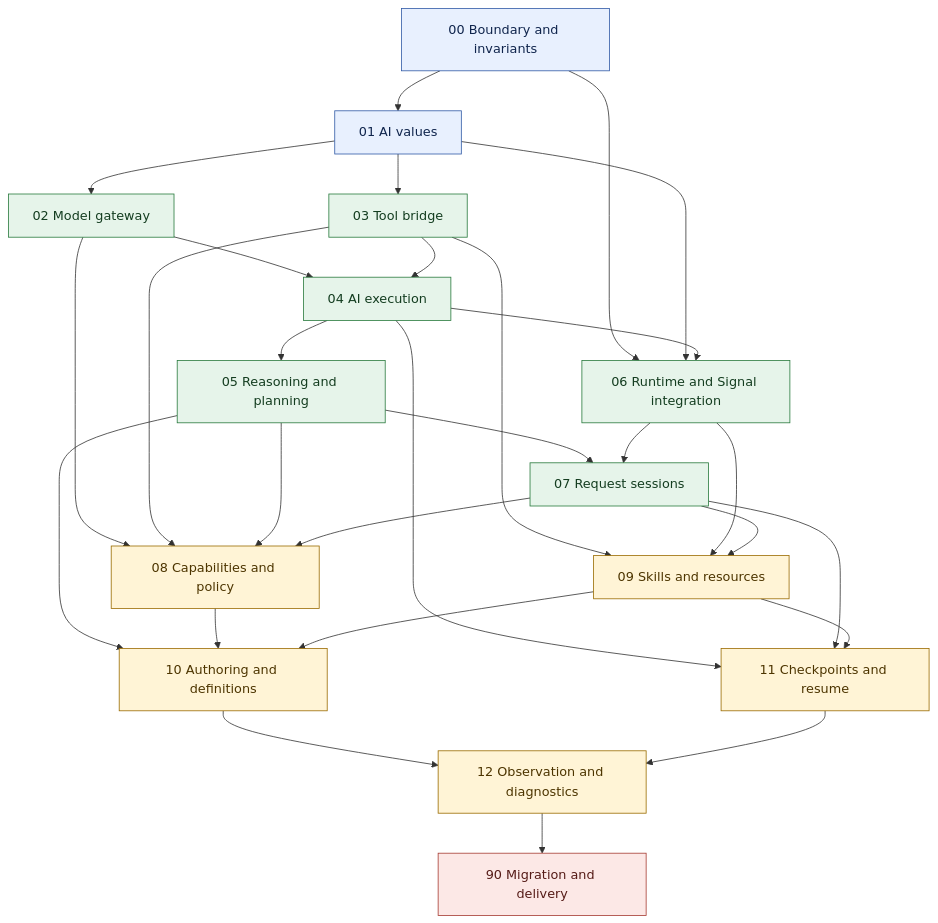
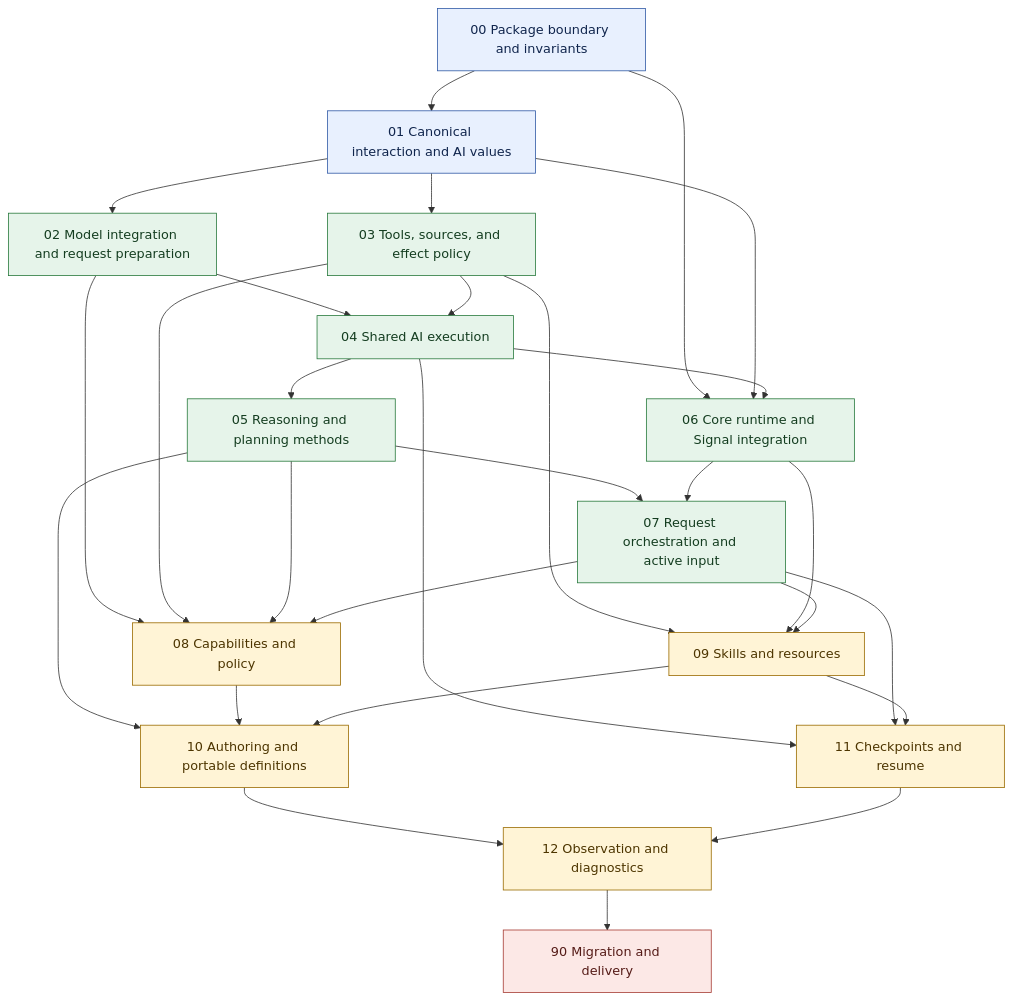
One commit to agentjido/jido_ai changed the diagram in docs/design/README.md. Above: the diagram before and after it, drawn with Mermaid. The commit also changed other lines of this file and 173 other files, not shown here.

````diff
--- a/docs/design/README.md
+++ b/docs/design/README.md
@@ -13,55 +110,55 @@
 ```mermaid
 flowchart TB
-    S00["00 Boundary and invariants"]
-    S01["01 AI values"]
-    S02["02 Model gateway"]
-    S03["03 Tool bridge"]
-    S04["04 AI execution"]
-    S05["05 Reasoning and planning"]
-    S06["06 Runtime and Signal integration"]
-    S07["07 Request sessions"]
+    S00["00 Package boundary and invariants"]
+    S01["01 Canonical interaction and AI values"]
+    S02["02 Model integration and request preparation"]
+    S03["03 Tools, sources, and effect policy"]
+    S04["04 Shared AI execution"]
+    S05["05 Reasoning and planning methods"]
+    S06["06 Core runtime and Signal integration"]
+    S07["07 Request orchestration and active input"]
     S08["08 Capabilities and policy"]
     S09["09 Skills and resources"]
-    S10["10 Authoring and definitions"]
+    S10["10 Authoring and portable definitions"]
     S11["11 Checkpoints and resume"]
     S12["12 Observation and diagnostics"]
     S90["90 Migration and delivery"]
 
     S00 --> S01
     S00 --> S06
     S01 --> S02
     S01 --> S03
     S01 --> S06
     S02 --> S04
     S03 --> S04
     S04 --> S05
     S04 --> S06
     S05 --> S07
     S06 --> S07
     S02 --> S08
     S03 --> S08
     S05 --> S08
     S07 --> S08
     S03 --> S09
     S06 --> S09
     S07 --> S09
     S05 --> S10
     S08 --> S10
     S09 --> S10
     S04 --> S11
     S07 --> S11
     S09 --> S11
     S10 --> S12
     S11 --> S12
     S12 --> S90
 
     classDef foundation fill:#e8f0fe,stroke:#315aa6,color:#10254d
     classDef execution fill:#e6f4ea,stroke:#287a3d,color:#143d20
     classDef composition fill:#fff4d6,stroke:#9a6b00,color:#4d3500
     classDef delivery fill:#fce8e6,stroke:#a63b32,color:#551b17
 
     class S00,S01 foundation
     class S02,S03,S04,S05,S06,S07 execution
     class S08,S09,S10,S11,S12 composition
     class S90 delivery
 ```
````
